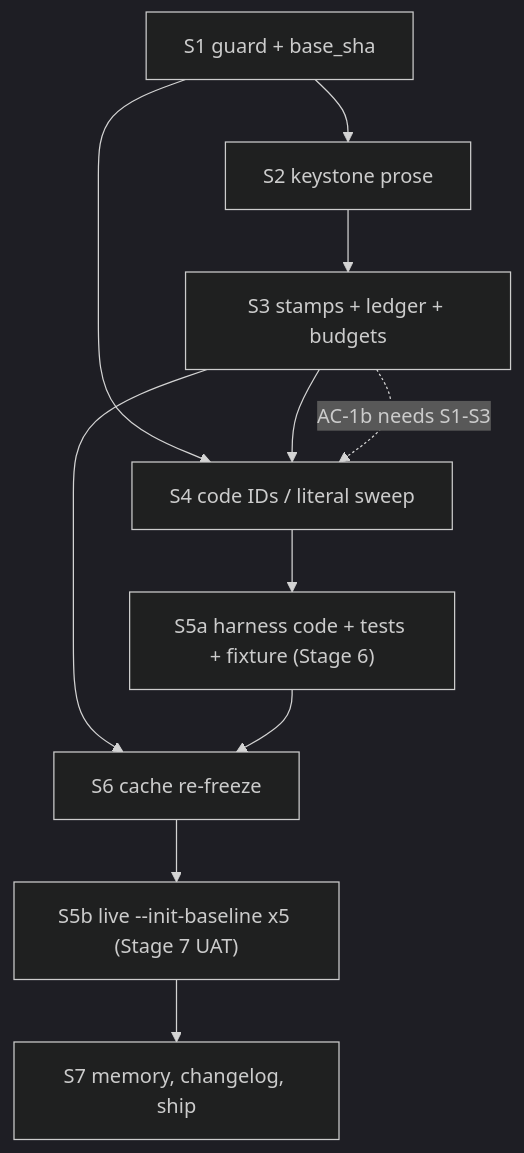
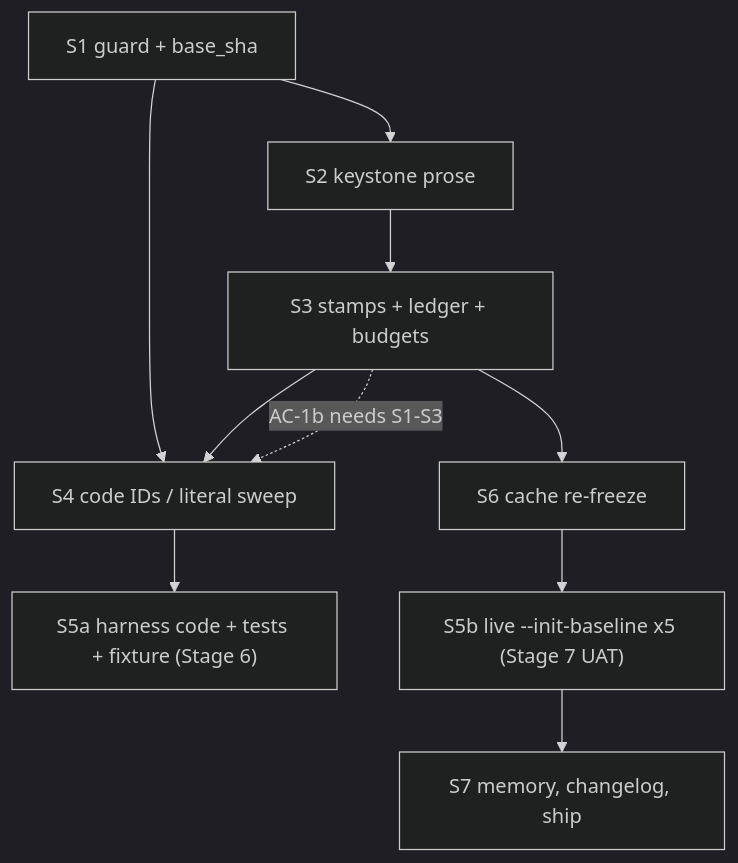
Before and after one commit to P47Phoenix/Claude-Plugins: the second of 2 diagrams in .delivery/artifacts/04-architect/solution/architecture.md, drawn with Mermaid (dark theme). The commit also changed other lines of this file and 6 other files, not shown here.

First line of the commit message:
docs(delivery): BACKLOG-108 Stage 4 architecture revision 1 (challenger loop findings addressed)

````diff
--- a/.delivery/artifacts/04-architect/solution/architecture.md
+++ b/.delivery/artifacts/04-architect/solution/architecture.md
@@ -156,13 +174,12 @@
 ```mermaid
 flowchart TD
   S1["S1 guard + base_sha"] --> S2["S2 keystone prose"]
   S1 --> S4["S4 code IDs / literal sweep"]
   S2 --> S3["S3 stamps + ledger + budgets"]
   S3 --> S4
   S4 --> S5a["S5a harness code + tests + fixture (Stage 6)"]
   S3 --> S6["S6 cache re-freeze"]
-  S5a --> S6
   S6 --> S5b["S5b live --init-baseline x5 (Stage 7 UAT)"]
   S5b --> S7["S7 memory, changelog, ship"]
   S3 -. AC-1b needs S1-S3 .-> S4
 ```
````
